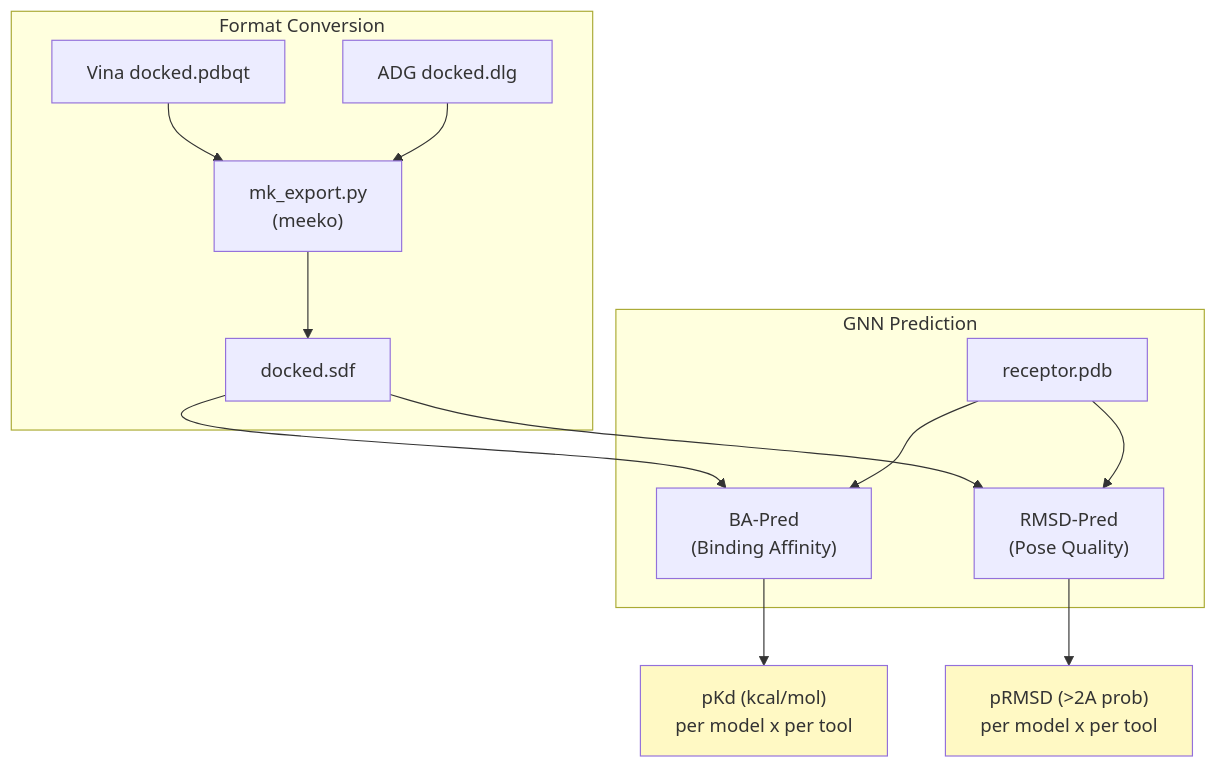
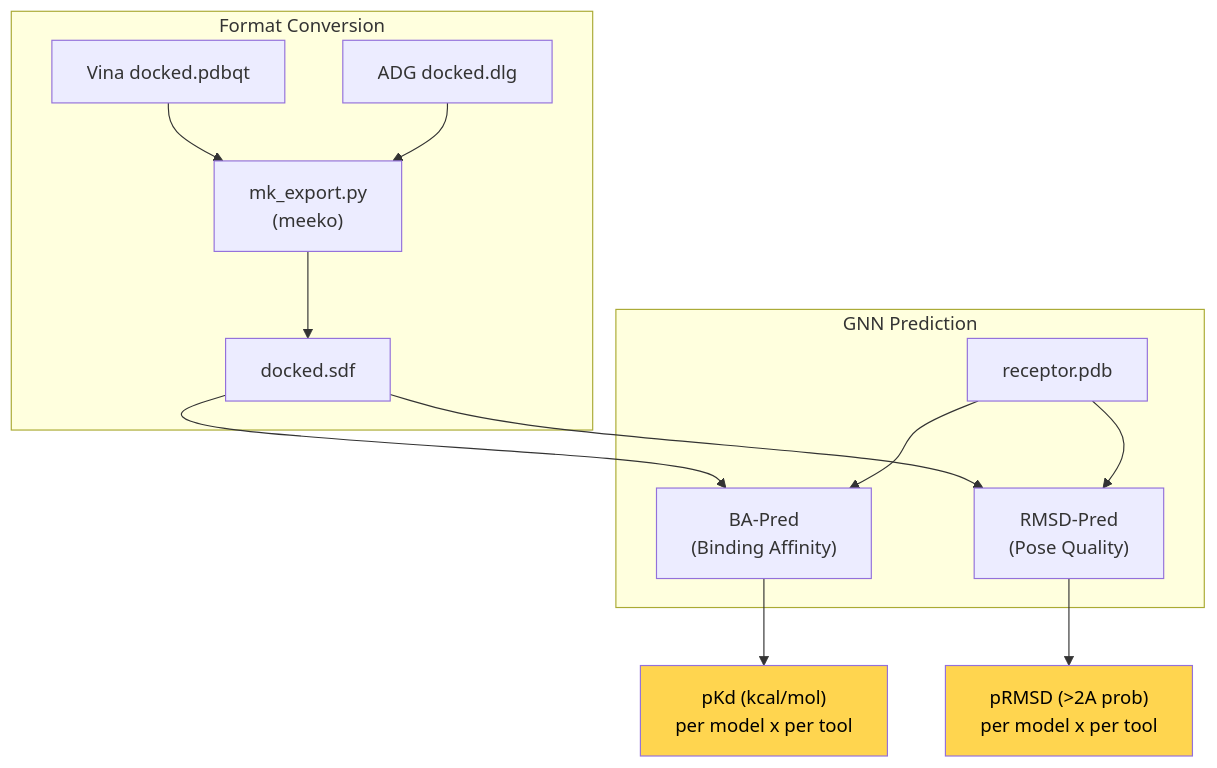
One commit to eightmm/mosaic-pl changed diagram 15 of 17 in docs/pipeline.md. Above: the diagram before and after it, drawn with Mermaid. The commit also changed other lines of this file, not shown here.

````diff
--- a/docs/pipeline.md
+++ b/docs/pipeline.md
@@ -411,20 +411,20 @@
 ```mermaid
 flowchart TB
     subgraph CONVERT["Format Conversion"]
         VINA_OUT["Vina docked.pdbqt"] --> MK["mk_export.py\n(meeko)"]
         ADG_OUT["ADG docked.dlg"] --> MK
         MK --> SDF_OUT["docked.sdf"]
     end
 
     subgraph PREDICT["GNN Prediction"]
         SDF_OUT --> BA["BA-Pred\n(Binding Affinity)"]
         SDF_OUT --> RMSD["RMSD-Pred\n(Pose Quality)"]
         REC["receptor.pdb"] --> BA & RMSD
     end
 
     BA --> BA_OUT["pKd (kcal/mol)\nper model x per tool"]
     RMSD --> RMSD_OUT["pRMSD (>2A prob)\nper model x per tool"]
 
-    style BA_OUT fill:#fff9c4
-    style RMSD_OUT fill:#fff9c4
+    style BA_OUT fill:#ffd54f,color:#000
+    style RMSD_OUT fill:#ffd54f,color:#000
 ```
````
